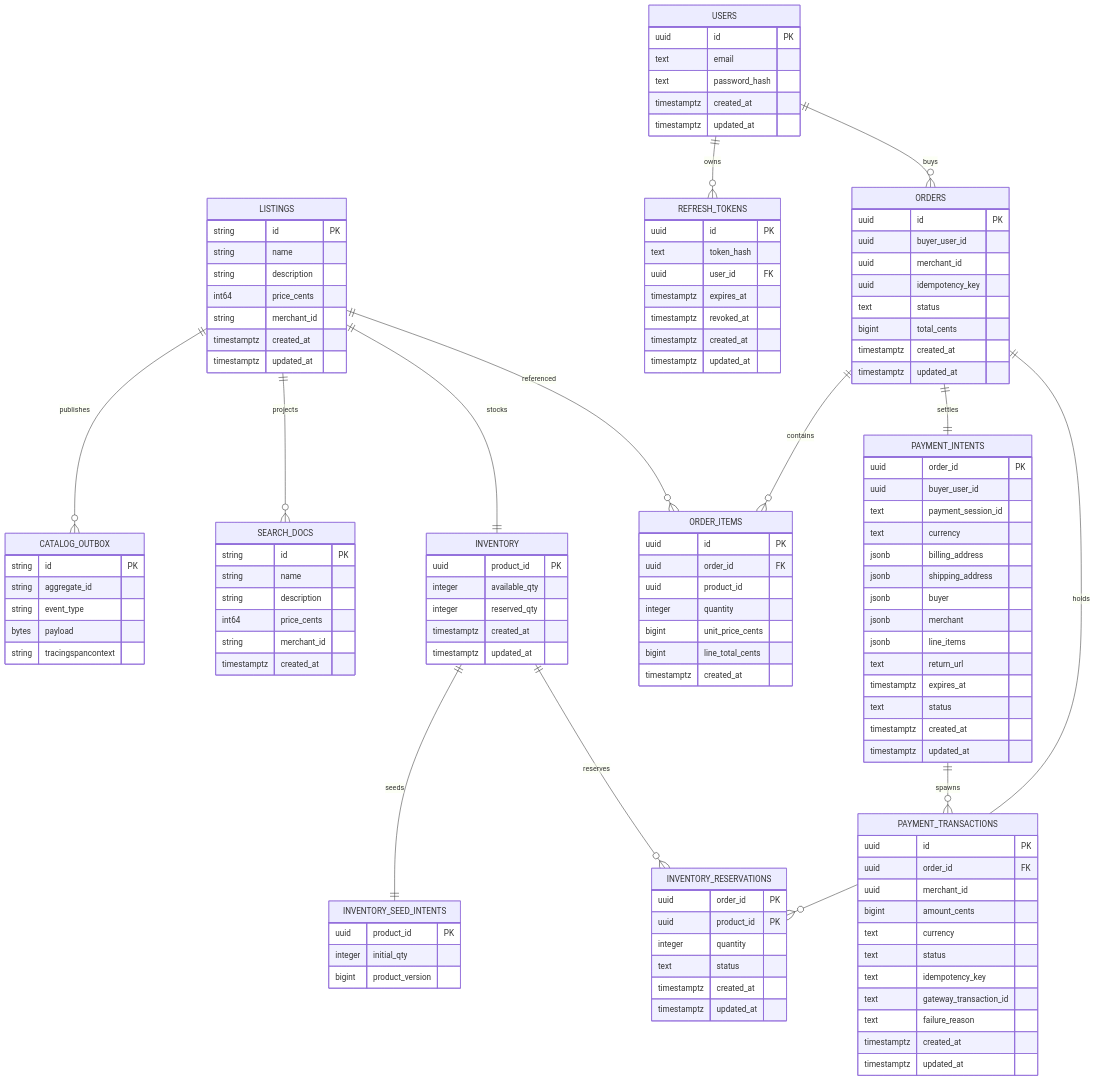
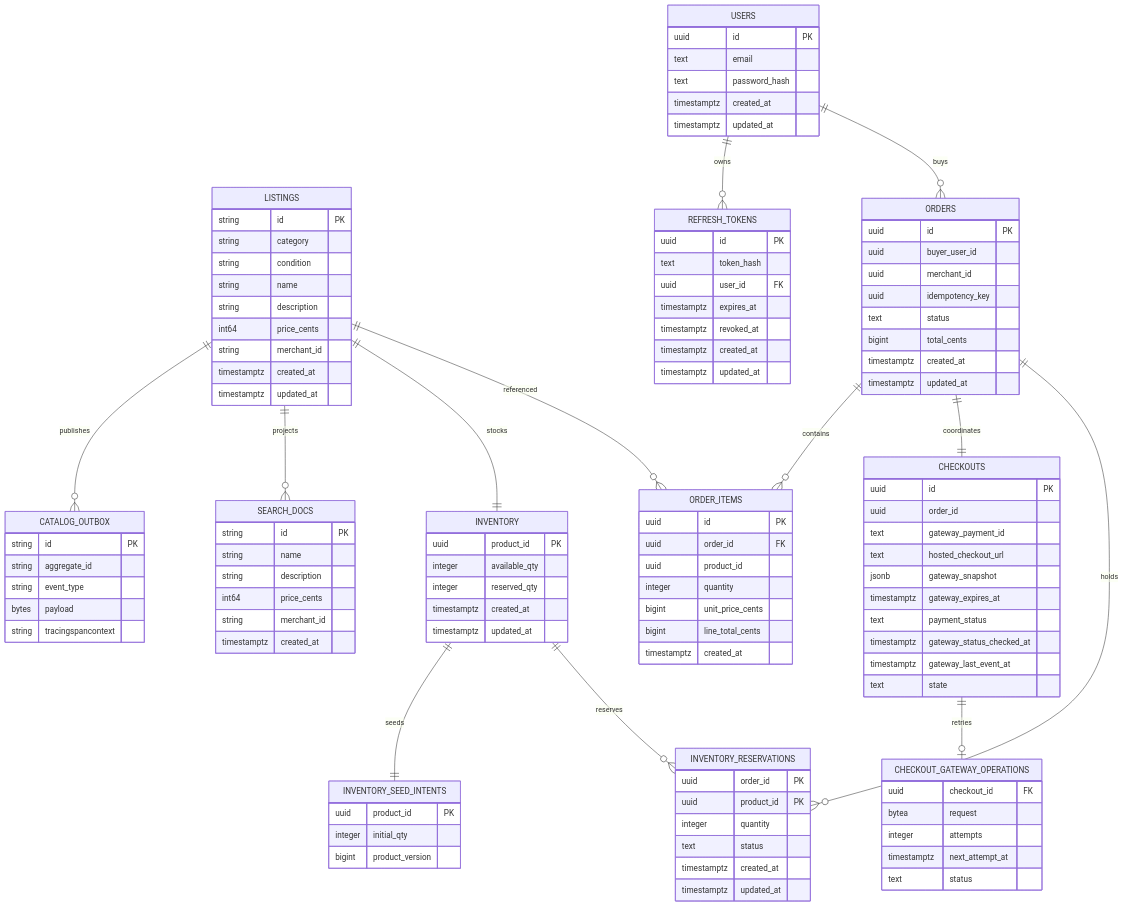
Before and after one commit to phuchoang2603/refurbished-marketplace: the diagram in docs/database-schema.md, drawn with Mermaid. The commit also changed other lines of this file and 221 other files, not shown here.

First line of the commit message:
Integrate hosted payment checkout and event-fed account projection (#66)

```diff
--- a/docs/database-schema.md
+++ b/docs/database-schema.md
@@ -18,6 +18,8 @@
 erDiagram
   LISTINGS {
     string id PK
+    string category
+    string condition
     string name
     string description
     int64 price_cents
@@ -105,42 +107,32 @@
     timestamptz created_at
   }
 
-  PAYMENT_INTENTS {
-    uuid order_id PK
-    uuid buyer_user_id
-    text payment_session_id
-    text currency
-    jsonb billing_address
-    jsonb shipping_address
-    jsonb buyer
-    jsonb merchant
-    jsonb line_items
-    text return_url
-    timestamptz expires_at
-    text status
-    timestamptz created_at
-    timestamptz updated_at
+  CHECKOUTS {
+    uuid id PK
+    uuid order_id
+    text gateway_payment_id
+    text hosted_checkout_url
+    jsonb gateway_snapshot
+    timestamptz gateway_expires_at
+    text payment_status
+    timestamptz gateway_status_checked_at
+    timestamptz gateway_last_event_at
+    text state
   }
 
-  PAYMENT_TRANSACTIONS {
-    uuid id PK
-    uuid order_id FK
-    uuid merchant_id
-    bigint amount_cents
-    text currency
+  CHECKOUT_GATEWAY_OPERATIONS {
+    uuid checkout_id FK
+    bytea request
+    integer attempts
+    timestamptz next_attempt_at
     text status
-    text idempotency_key
-    text gateway_transaction_id
-    text failure_reason
-    timestamptz created_at
-    timestamptz updated_at
   }
 
   USERS ||--o{ REFRESH_TOKENS : owns
   USERS ||--o{ ORDERS : buys
   ORDERS ||--o{ ORDER_ITEMS : contains
-  ORDERS ||--|| PAYMENT_INTENTS : settles
-  PAYMENT_INTENTS ||--o{ PAYMENT_TRANSACTIONS : spawns
+  ORDERS ||--|| CHECKOUTS : coordinates
+  CHECKOUTS ||--o| CHECKOUT_GATEWAY_OPERATIONS : retries
   LISTINGS ||--o{ CATALOG_OUTBOX : publishes
   LISTINGS ||--o{ SEARCH_DOCS : projects
   LISTINGS ||--|| INVENTORY : stocks
```
